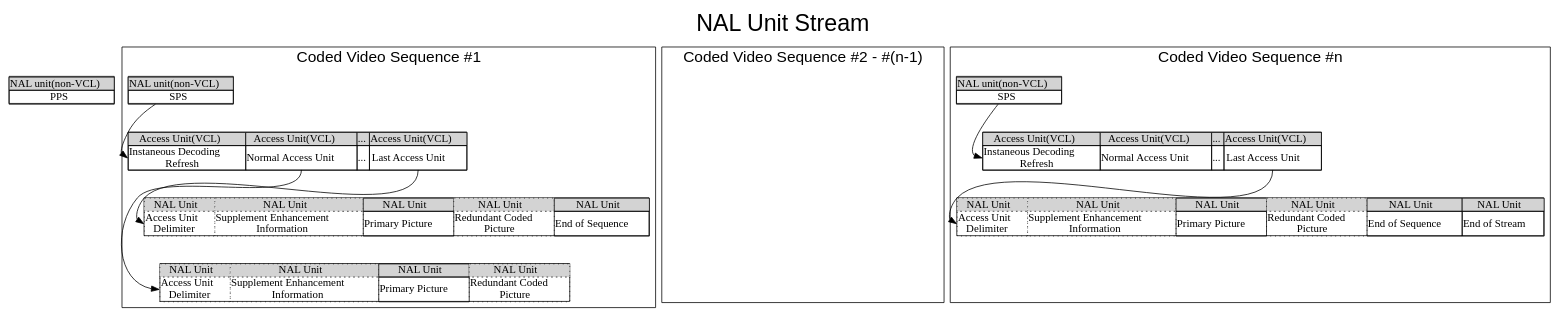
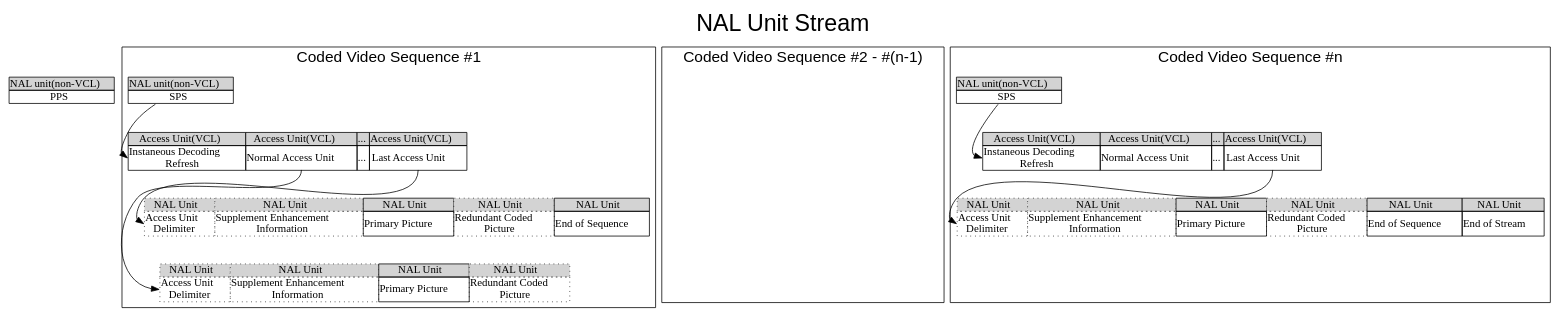
The diagram in NALUnitStream.dot (magodo/graphviz), drawn with Graphviz before and after one commit.

Commit message:
fix minor warning

```diff
--- a/NALUnitStream.dot
+++ b/NALUnitStream.dot
@@ -1,167 +1,167 @@
 digraph G
 {
     graph[label="NAL Unit Stream" labelloc="t" fontname=helvetica fontsize=30];
 
     {
         /* NAL Unit */
 
         pps
         [
-            shape=0, margin=0,
+            shape=none, margin=0,
             label=<<table border="0" cellpadding="0" cellspacing="0">
                     <tr>
                         <td bgcolor="lightgrey" border="1">NAL unit(non-VCL)</td>
                     </tr>
                     <tr>
                         <td border="1">PPS</td>
                     </tr>
                   </table>>
         ];
 
         node
         [
-            shape=0, margin=0,
+            shape=none, margin=0,
             label=<<table border="0" cellpadding="0" cellspacing="0">
                     <tr>
                         <td bgcolor="lightgrey" border="1">NAL unit(non-VCL)</td>
                     </tr>
                     <tr>
                         <td border="1">SPS</td>
                     </tr>
                   </table>>
       ]
       sps_1;
       sps_i[style=invis];
       sps_n;
     }
 
     {
         /* Coded Video Sequence */
 
         node
         [
-            shape=0, margin=0,
+            shape=none, margin=0,
             label=<<table cellspacing="0" cellpadding="0" border="0">
                     <tr>
                         <td border="1" bgcolor="lightgrey">Access Unit(VCL)</td>
                         <td border="1" bgcolor="lightgrey">Access Unit(VCL)</td>
                         <td border="1" bgcolor="lightgrey">...</td>
                         <td border="1" bgcolor="lightgrey">Access Unit(VCL)</td>
                     </tr>
                     <tr>
                         <td border="1" port="idr">Instaneous Decoding<BR/>Refresh</td>
                         <td border="1" port="norm">Normal Access Unit</td>
                         <td border="1">...</td>
                         <td border="1" port="end">Last Access Unit</td>
                     </tr>
                    </table>>
         ]
         
         coded_video_sequence_1;
         coded_video_sequence_n;
     }
 
     {
         /* Access Unit */
 
         access_unit
         [
-            shape=0, margin=0,
+            shape=none, margin=0,
             label=<<table cellspacing="0" cellpadding="0" border="0">
                     <tr>
                         <td style="dotted" bgcolor="lightgrey" border="1">NAL Unit</td>
                         <td style="dotted" bgcolor="lightgrey" border="1">NAL Unit</td>
                         <td border="1" bgcolor="lightgrey" >NAL Unit</td>
                         <td style="dotted" bgcolor="lightgrey" border="1">NAL Unit</td>
                     </tr>
                     <tr>
                         <td style="dotted" border="1" port="delim">Access Unit <BR/>Delimiter</td>
                         <td style="dotted" border="1" port="sei">Supplement Enhancement<BR/>Information</td>
                         <td border="1" port="prim">Primary Picture</td>
                         <td style="dotted" border="1" port="redund">Redundant Coded<BR/>Picture</td>
                     </tr>
                   </table>>
         ];
 
         access_unit_eo_sequence
         [
-            shape=0, margin=0,
+            shape=none, margin=0,
             label=<<table cellspacing="0" cellpadding="0" border="0">
                     <tr>
                         <td style="dotted" bgcolor="lightgrey" border="1">NAL Unit</td>
                         <td style="dotted" bgcolor="lightgrey" border="1">NAL Unit</td>
                         <td border="1" bgcolor="lightgrey" >NAL Unit</td>
                         <td style="dotted" bgcolor="lightgrey" border="1">NAL Unit</td>
                         <td border="1" bgcolor="lightgrey" >NAL Unit</td>
                     </tr>
                     <tr>
                         <td style="dotted" border="1" port="delim">Access Unit <BR/>Delimiter</td>
                         <td style="dotted" border="1">Supplement Enhancement<BR/>Information</td>
                         <td border="1">Primary Picture</td>
                         <td style="dotted" border="1">Redundant Coded<BR/>Picture</td>
                         <td border="1" port="eoseq">End of Sequence</td>
                     </tr>
                   </table>>
         ];
 
         access_unit_eo_stream
         [
-            shape=0, margin=0,
+            shape=none, margin=0,
             label=<<table cellspacing="0" cellpadding="0" border="0">
                     <tr>
                         <td style="dotted"  bgcolor="lightgrey" border="1">NAL Unit</td>
                         <td style="dotted"  bgcolor="lightgrey" border="1">NAL Unit</td>
                         <td border="1" bgcolor="lightgrey" >NAL Unit</td>
                         <td style="dotted"  bgcolor="lightgrey" border="1">NAL Unit</td>
                         <td border="1" bgcolor="lightgrey" >NAL Unit</td>
                         <td border="1" bgcolor="lightgrey" >NAL Unit</td>
                     </tr>
                     <tr>
                         <td style="dotted" border="1" port="delim">Access Unit <BR/>Delimiter</td>
                         <td style="dotted" border="1">Supplement Enhancement<BR/>Information</td>
                         <td border="1">Primary Picture</td>
                         <td style="dotted" border="1">Redundant Coded<BR/>Picture</td>
                         <td border="1">End of Sequence</td>
                         <td border="1" port="eostream">End of Stream</td>
                     </tr>
                   </table>>
         ];
     }
 
     {
         /* Empty Node */
         node[style=invis];
         empty_node1;
         empty_node2;
         empty_node3;
         empty_node4;
     }
 
     subgraph cluster_coded_video_sequence_n
     {
         graph[fontsize=20];
         label="Coded Video Sequence #n";
         sps_n->coded_video_sequence_n:idr:w;
         coded_video_sequence_n:end->access_unit_eo_stream:delim:w;
         access_unit_eo_stream->empty_node4[style=invis];
     }
 
     subgraph cluster_coded_video_sequence_i
     {
         graph[fontsize=20];
         label="Coded Video Sequence #2 - #(n-1)";
         sps_i->empty_node1[style=invis]; 
         empty_node1->empty_node2[style=invis]; 
         empty_node2->empty_node3[style=invis]; 
     }
 
     subgraph cluster_coded_video_sequence_1
     {
         graph[fontsize=20];
         label="Coded Video Sequence #1";
         sps_1->coded_video_sequence_1:idr:w; 
         coded_video_sequence_1:norm -> access_unit:delim:w;
         coded_video_sequence_1:end -> access_unit_eo_sequence:delim:w;
         access_unit_eo_sequence->access_unit[style=invis]
     }
 }
```
